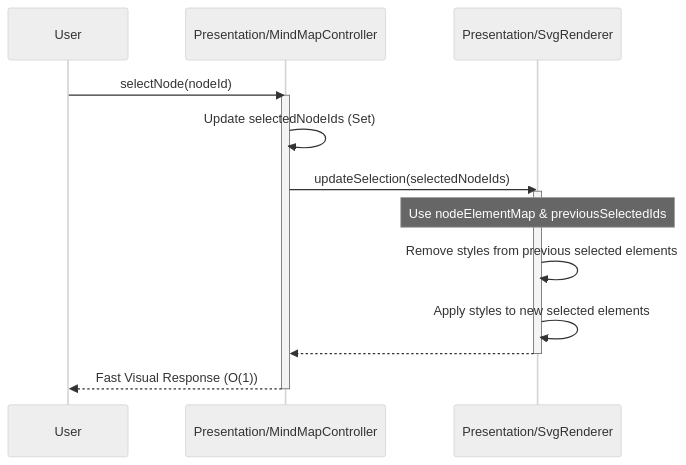
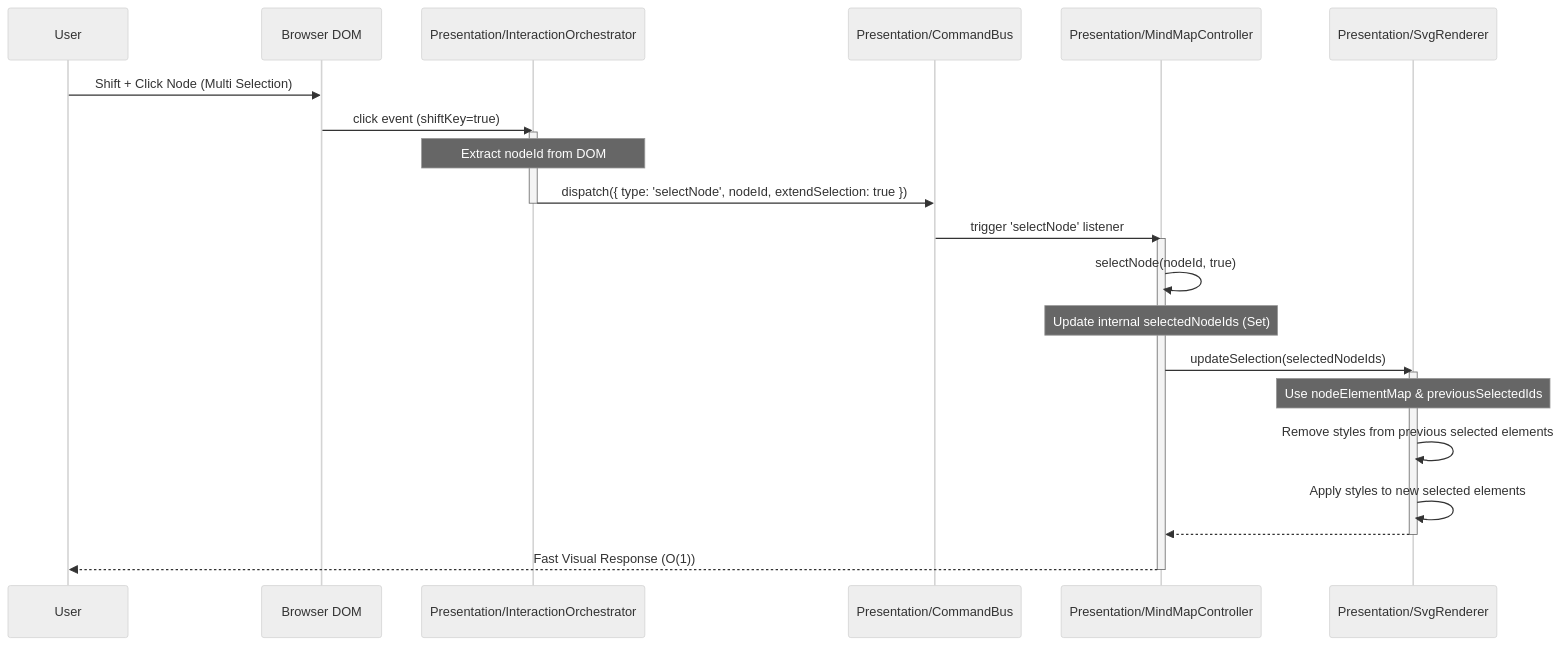
Before and after one commit to hiroooo000/kakidash: the seventh of 7 diagrams in docs/SOFTWARE_ARCHITECTURE.md, drawn with Mermaid (neutral theme). The commit also changed other lines of this file and 17 other files, not shown here.

First line of the commit message:
refactor(interaction): Implement InteractionOrchestrator and CommandBus

````diff
--- a/docs/SOFTWARE_ARCHITECTURE.md
+++ b/docs/SOFTWARE_ARCHITECTURE.md
@@ -381,22 +391,33 @@
 ```mermaid
 sequenceDiagram
     participant User
+    participant DOM as Browser DOM
+    participant Orch as Presentation/InteractionOrchestrator
+    participant Bus as Presentation/CommandBus
     participant Controller as Presentation/MindMapController
     participant Renderer as Presentation/SvgRenderer
 
-    User->>Controller: selectNode(nodeId)
+    User->>DOM: Shift + Click Node (Multi Selection)
+    DOM->>Orch: click event (shiftKey=true)
+    activate Orch
+    Note over Orch: Extract nodeId from DOM
+    Orch->>Bus: dispatch({ type: 'selectNode', nodeId, extendSelection: true })
+    deactivate Orch
+    
+    Bus->>Controller: trigger 'selectNode' listener
     activate Controller
 
-    Controller->>Controller: Update selectedNodeIds (Set)
+    Controller->>Controller: selectNode(nodeId, true)
+    Note over Controller: Update internal selectedNodeIds (Set)
     
     Controller->>Renderer: updateSelection(selectedNodeIds)
     activate Renderer
     Note over Renderer: Use nodeElementMap & previousSelectedIds
     Renderer->>Renderer: Remove styles from previous selected elements
     Renderer->>Renderer: Apply styles to new selected elements
     Renderer-->>Controller: 
     deactivate Renderer
 
     Controller-->>User: Fast Visual Response (O(1))
     deactivate Controller
 ```
````
